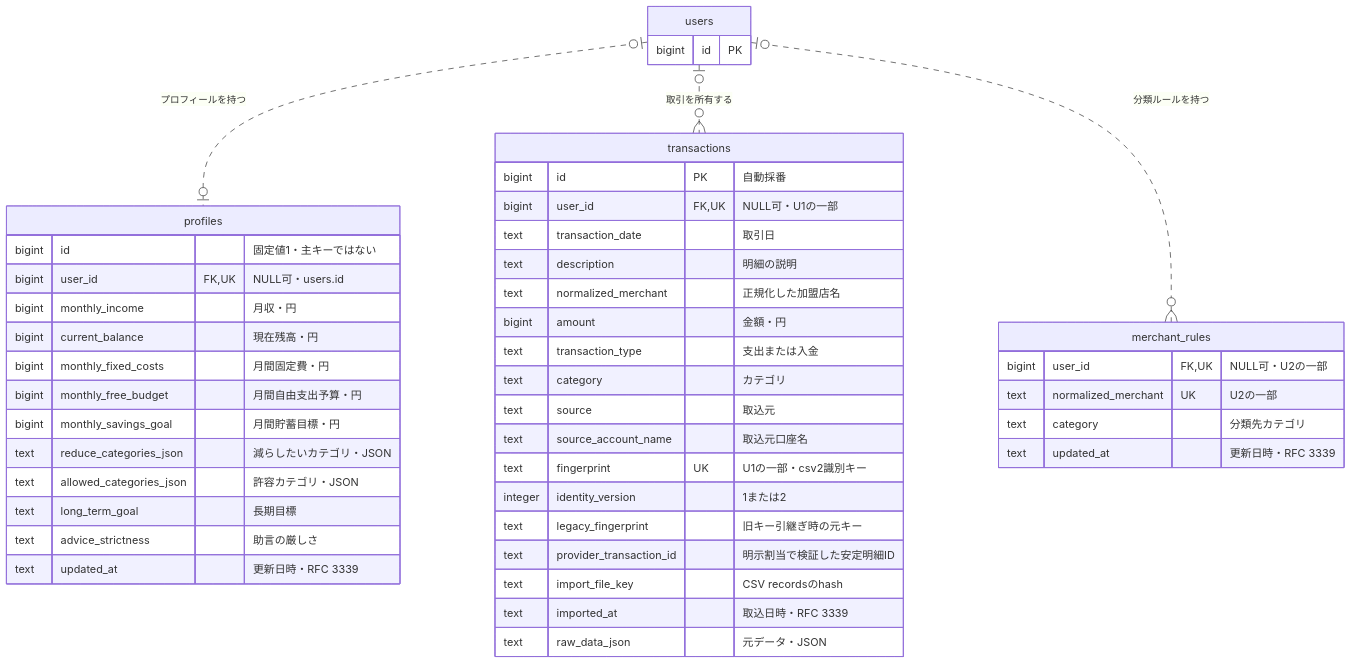
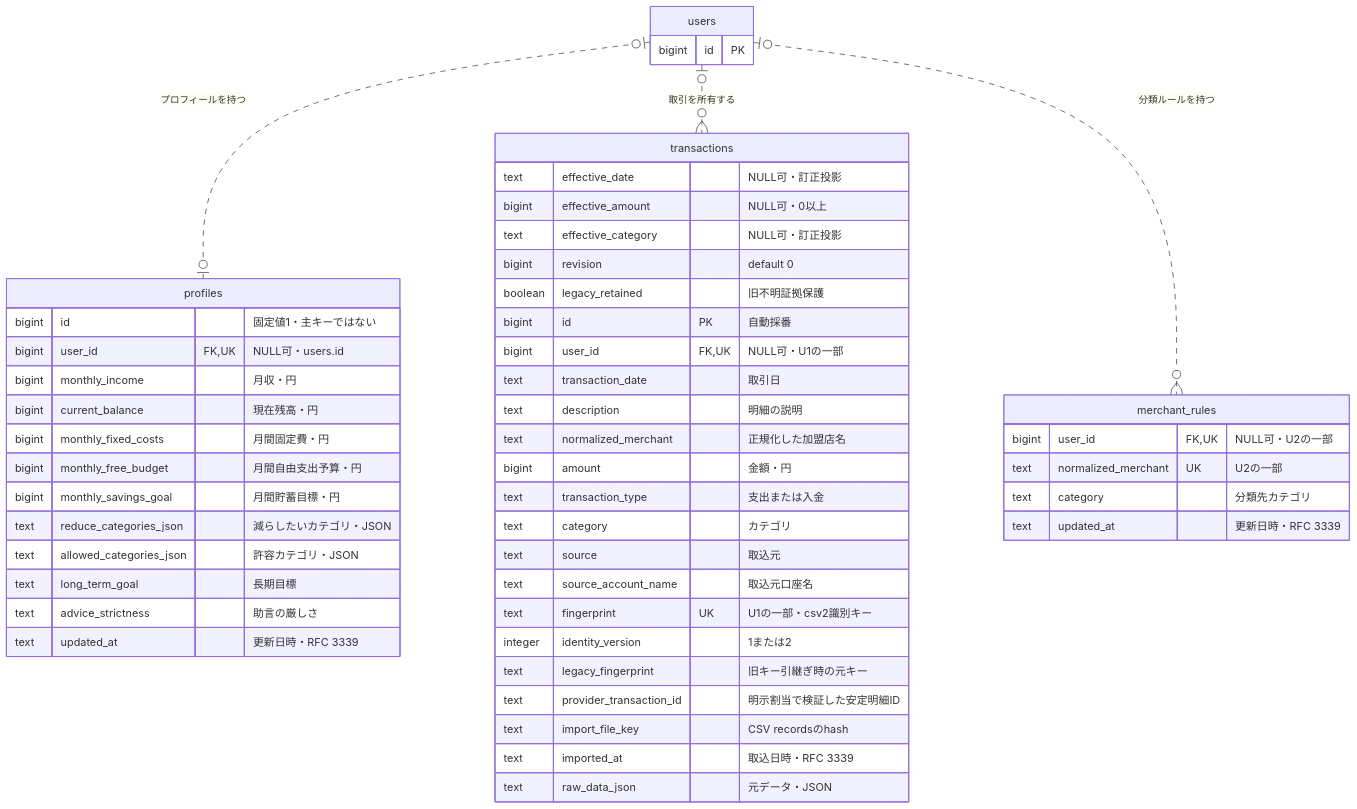
Before and after one commit to shuichiro-hayafuji/arran: the second of 8 diagrams in docs/ER_DIAGRAM.md, drawn with Mermaid. The commit also changed other lines of this file and 75 other files, not shown here.

````diff
--- a/docs/ER_DIAGRAM.md
+++ b/docs/ER_DIAGRAM.md
@@ -104,49 +104,54 @@
 ```mermaid
 erDiagram
     users |o..o| profiles : "プロフィールを持つ"
     users |o..o{ transactions : "取引を所有する"
     users |o..o{ merchant_rules : "分類ルールを持つ"
 
     users {
         bigint id PK
     }
     profiles {
         bigint id "固定値1・主キーではない"
         bigint user_id FK, UK "NULL可・users.id"
         bigint monthly_income "月収・円"
         bigint current_balance "現在残高・円"
         bigint monthly_fixed_costs "月間固定費・円"
         bigint monthly_free_budget "月間自由支出予算・円"
         bigint monthly_savings_goal "月間貯蓄目標・円"
         text reduce_categories_json "減らしたいカテゴリ・JSON"
         text allowed_categories_json "許容カテゴリ・JSON"
         text long_term_goal "長期目標"
         text advice_strictness "助言の厳しさ"
         text updated_at "更新日時・RFC 3339"
     }
     transactions {
+        text effective_date "NULL可・訂正投影"
+        bigint effective_amount "NULL可・0以上"
+        text effective_category "NULL可・訂正投影"
+        bigint revision "default 0"
+        boolean legacy_retained "旧不明証拠保護"
         bigint id PK "自動採番"
         bigint user_id FK, UK "NULL可・U1の一部"
         text transaction_date "取引日"
         text description "明細の説明"
         text normalized_merchant "正規化した加盟店名"
         bigint amount "金額・円"
         text transaction_type "支出または入金"
         text category "カテゴリ"
         text source "取込元"
         text source_account_name "取込元口座名"
         text fingerprint UK "U1の一部・csv2識別キー"
         integer identity_version "1または2"
         text legacy_fingerprint "旧キー引継ぎ時の元キー"
         text provider_transaction_id "明示割当で検証した安定明細ID"
         text import_file_key "CSV recordsのhash"
         text imported_at "取込日時・RFC 3339"
         text raw_data_json "元データ・JSON"
     }
     merchant_rules {
         bigint user_id FK, UK "NULL可・U2の一部"
         text normalized_merchant UK "U2の一部"
         text category "分類先カテゴリ"
         text updated_at "更新日時・RFC 3339"
     }
 ```
````
